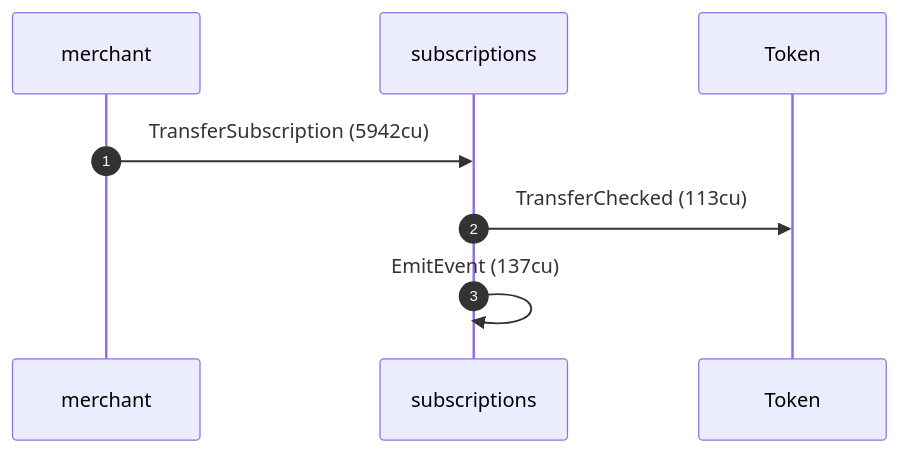
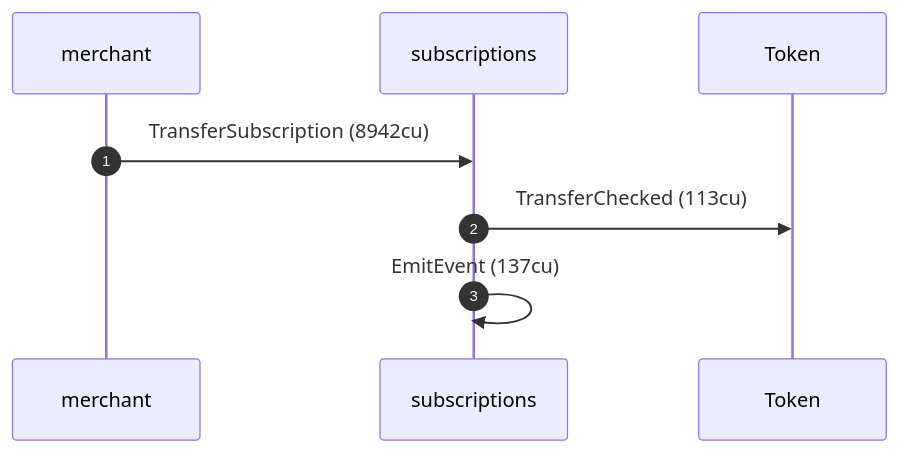
Before and after one commit to cds-rs/subscriptions: the ninth of 12 diagrams in dsl_tests/transfer-subscription--a-sunset-plan-still-allows-pulls.md, drawn with Mermaid. The commit also changed other lines of this file and 224 other files, not shown here.

````diff
--- a/dsl_tests/transfer-subscription--a-sunset-plan-still-allows-pulls.md
+++ b/dsl_tests/transfer-subscription--a-sunset-plan-still-allows-pulls.md
@@ -176,10 +185,10 @@
 ```mermaid
 sequenceDiagram
     autonumber
     participant merchant
     participant subscriptions
     participant Token
-    merchant ->> subscriptions: TransferSubscription (5942cu)
+    merchant ->> subscriptions: TransferSubscription (8942cu)
     subscriptions ->> Token: TransferChecked (113cu)
     subscriptions ->> subscriptions: EmitEvent (137cu)
 ```
````
